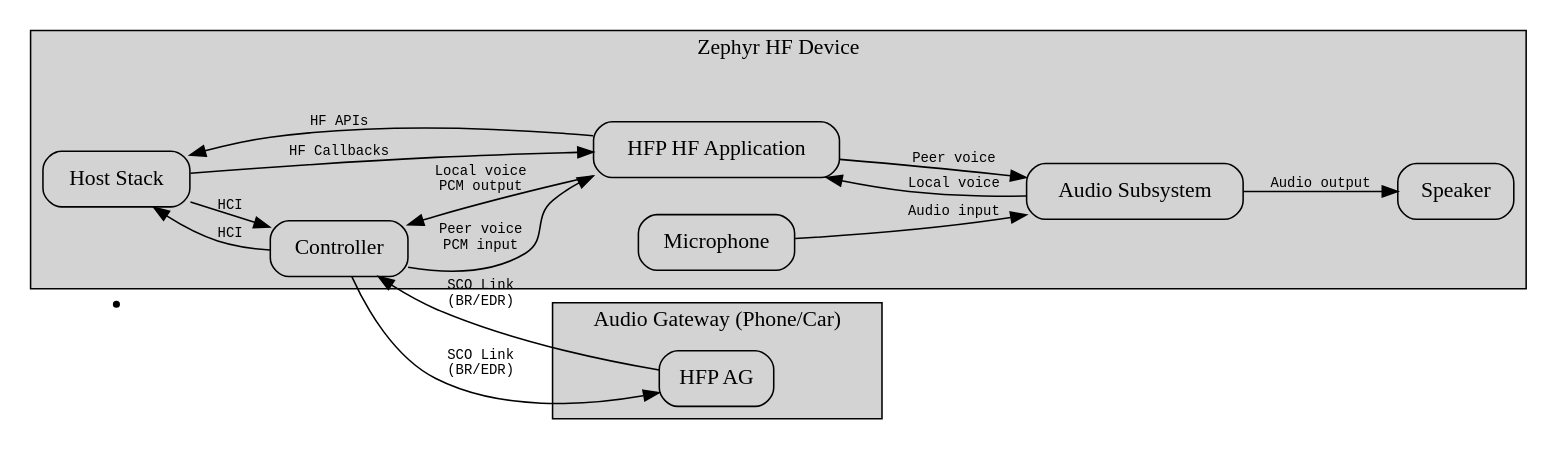
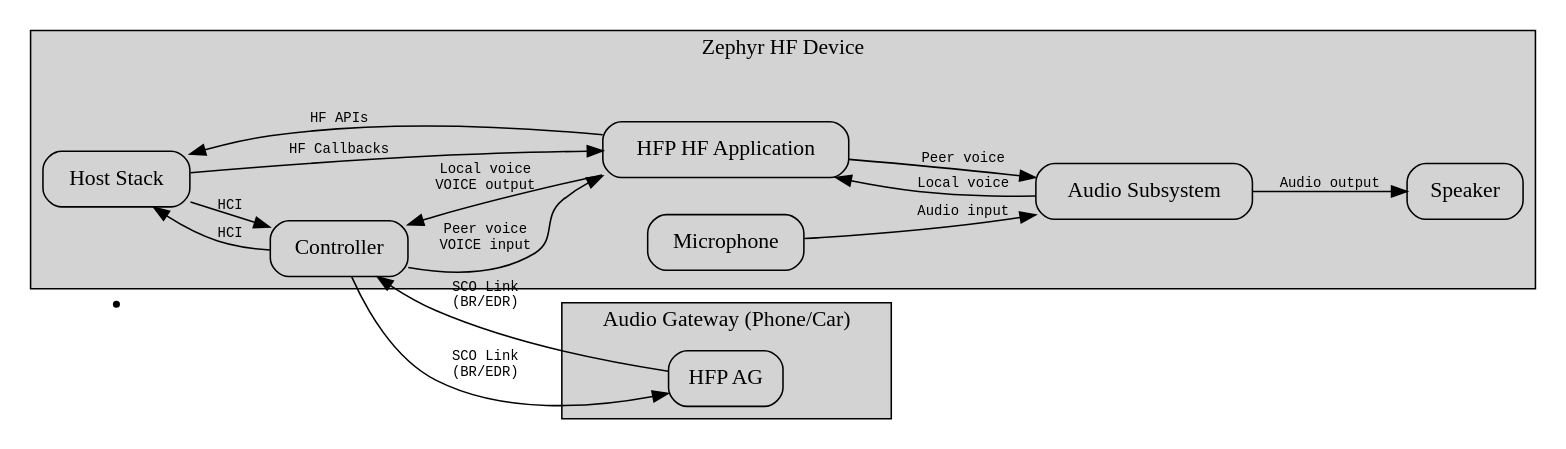
Before and after one commit to nxp-upstream/zephyr: the first of 2 diagrams in samples/bluetooth/classic/handsfree/README.rst, drawn with Graphviz. The commit also changed other lines of this file and 10 other files, not shown here.

First line of the commit message:
Samples: Bluetooth: HFP: Add voice over HCI support with CVSD codec

```diff
--- a/samples/bluetooth/classic/handsfree/README.rst
+++ b/samples/bluetooth/classic/handsfree/README.rst
@@ -43,41 +51,41 @@
 .. graphviz::
-   :caption: Bluetooth Hands-Free voice streaming topology
+   :caption: Bluetooth Hands-Free voice streaming over PCM topology
 
 
    digraph bluetooth_hfp {
        rankdir=LR;
        node [shape=box, style=rounded];
        edge [fontname=Courier, fontsize=9];
        init [shape=point];
 
        subgraph cluster_ag {
            label="Audio Gateway (Phone/Car)";
            style=filled;
            AG [label="HFP AG"];
        }
 
        subgraph cluster_hf {
            label="Zephyr HF Device";
            style=filled;
 
            BT_HOST [label="Host Stack"];
            BT_CTRL [label="Controller"];
            HFP_APP [label="HFP HF Application"];
            CODEC [label="Audio Subsystem"];
            SPK [label="Speaker"];
            MIC [label="Microphone"];
        }
 
        AG -> BT_CTRL [label="SCO Link\n(BR/EDR)"];
        BT_CTRL -> AG [label="SCO Link\n(BR/EDR)"];
        BT_HOST -> BT_CTRL [label="HCI"];
        BT_CTRL -> BT_HOST [label="HCI"];
        BT_HOST -> HFP_APP [label="HF Callbacks"];
        HFP_APP -> BT_HOST [label="HF APIs"];
        HFP_APP -> CODEC [label="Peer voice"];
        CODEC -> HFP_APP [label="Local voice"];
-       HFP_APP -> BT_CTRL [label="Local voice\nPCM output"];
-       BT_CTRL -> HFP_APP [label="Peer voice\nPCM input"];
+       HFP_APP -> BT_CTRL [label="Local voice\nVOICE output"];
+       BT_CTRL -> HFP_APP [label="Peer voice\nVOICE input"];
        CODEC -> SPK [label="Audio output"]
        MIC -> CODEC [label="Audio input"]
    }
```
